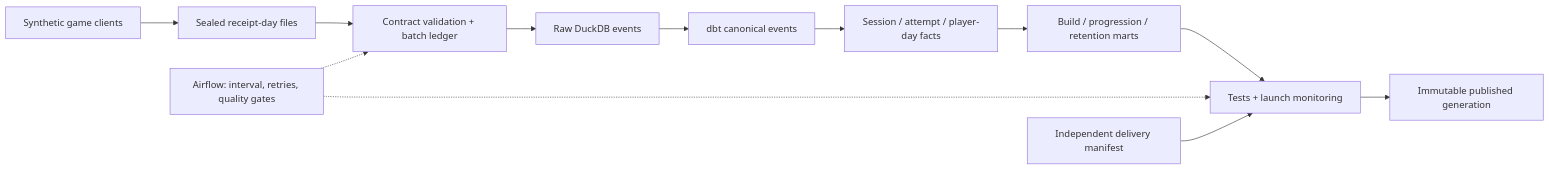
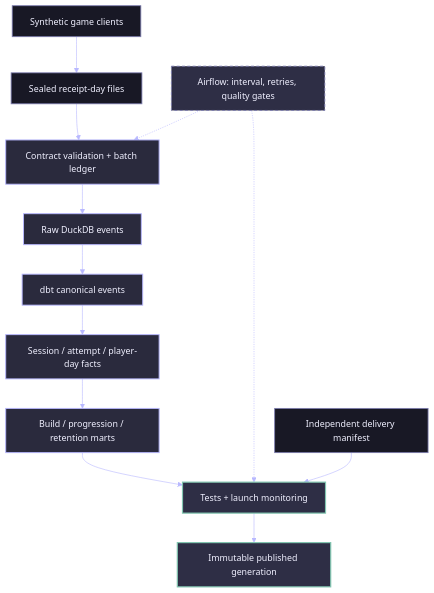
The diagram in README.md (rlbsem/game-telemetry-analytics-engineering), drawn with Mermaid before and after one commit.

Commit message:
Apply Groundbreakers engineering diagram palette (#10)
* Restyle GitHub architecture diagram with Groundbreakers engineering theme

* Improve GitHub diagram readability using vertical flow layout

````diff
--- a/README.md
+++ b/README.md
@@ -9,14 +9,24 @@
 ```mermaid
-flowchart LR
+%%{init: {"theme":"base","themeVariables":{"background":"#10101D","primaryColor":"#2A2A3D","primaryTextColor":"#F0F0FF","primaryBorderColor":"#7C7CAF","lineColor":"#B8B8FF","textColor":"#F0F0FF","secondaryColor":"#181825","tertiaryColor":"#2E2E45","fontFamily":"IBM Plex Sans, Arial, sans-serif","fontSize":"15px","edgeLabelBackground":"#10101D"}}}%%
+flowchart TB
     A[Synthetic game clients] --> B[Sealed receipt-day files]
     B --> C[Contract validation + batch ledger]
     C --> D[Raw DuckDB events]
     D --> E[dbt canonical events]
     E --> F[Session / attempt / player-day facts]
     F --> G[Build / progression / retention marts]
     G --> H[Tests + launch monitoring]
     H --> I[Immutable published generation]
     J[Airflow: interval, retries, quality gates] -.-> C
     J -.-> H
     K[Independent delivery manifest] --> H
+
+    classDef source fill:#181825,stroke:#7C7CAF,color:#F0F0FF,stroke-width:1.4px
+    classDef model fill:#2A2A3D,stroke:#B8B8FF,color:#F0F0FF,stroke-width:1.6px
+    classDef verified fill:#2E2E45,stroke:#81C5B0,color:#F0F0FF,stroke-width:2px
+    classDef orchestration fill:#2E2E45,stroke:#7C7CAF,color:#F0F0FF,stroke-width:1.5px,stroke-dasharray:5 4
+    class A,B,K source
+    class C,D,E,F,G model
+    class H,I verified
+    class J orchestration
 ```
````
